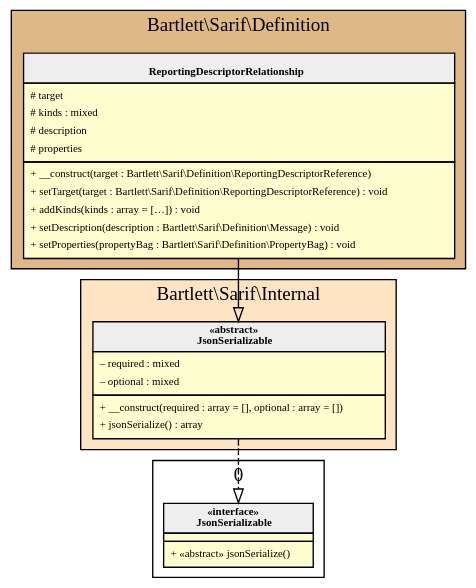
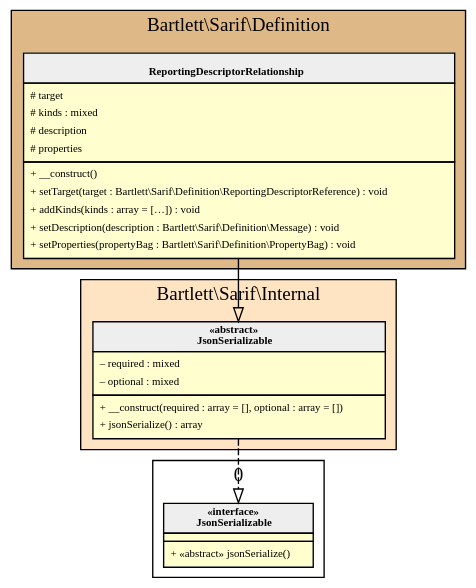
The diagram in 2.0/assets/images/reference-reporting-descriptor-relationship.html.gv (llaville/sarif-php-sdk), drawn with Graphviz before and after one commit. The commit also changed 113 other files, not shown here.

```diff
--- a/2.0/assets/images/reference-reporting-descriptor-relationship.html.gv
+++ b/2.0/assets/images/reference-reporting-descriptor-relationship.html.gv
@@ -1,55 +1,55 @@
 digraph {
   graph [name="G" overlap="false" rankdir="TB" bgcolor="transparent"]
   node [fontname="Verdana" fontsize=8 shape="none" margin=0 fillcolor="#FEFECE" style="filled"]
   edge [fontname="Verdana" fontsize=8]
   subgraph cluster_0 {
     graph [bgcolor="BurlyWood"]
     label = "Bartlett\\Sarif\\Definition"
     "Bartlett\\Sarif\\Definition\\ReportingDescriptorRelationship" [shape="none" label=<
 <table cellspacing="0" border="0" cellborder="1">
     <tr><td bgcolor="#eeeeee"><b><br/>ReportingDescriptorRelationship</b></td></tr>
     <tr><td><table border="0" cellspacing="0" cellpadding="2">
     <tr><td align="left"># target</td></tr>
     <tr><td align="left"># kinds : mixed</td></tr>
     <tr><td align="left"># description</td></tr>
     <tr><td align="left"># properties</td></tr>
 </table></td></tr>
     <tr><td><table border="0" cellspacing="0" cellpadding="2">
-    <tr><td align="left">+ __construct(target : Bartlett\\Sarif\\Definition\\ReportingDescriptorReference)</td></tr>
+    <tr><td align="left">+ __construct()</td></tr>
     <tr><td align="left">+ setTarget(target : Bartlett\\Sarif\\Definition\\ReportingDescriptorReference) : void</td></tr>
     <tr><td align="left">+ addKinds(kinds : array = […]) : void</td></tr>
     <tr><td align="left">+ setDescription(description : Bartlett\\Sarif\\Definition\\Message) : void</td></tr>
     <tr><td align="left">+ setProperties(propertyBag : Bartlett\\Sarif\\Definition\\PropertyBag) : void</td></tr>
 </table></td></tr>
 </table>>]
   }
   subgraph cluster_1 {
     graph [bgcolor="Bisque"]
     label = "Bartlett\\Sarif\\Internal"
     "Bartlett\\Sarif\\Internal\\JsonSerializable" [shape="none" label=<
 <table cellspacing="0" border="0" cellborder="1">
     <tr><td bgcolor="#eeeeee"><b>«abstract»<br/>JsonSerializable</b></td></tr>
     <tr><td><table border="0" cellspacing="0" cellpadding="2">
     <tr><td align="left">– required : mixed</td></tr>
     <tr><td align="left">– optional : mixed</td></tr>
 </table></td></tr>
     <tr><td><table border="0" cellspacing="0" cellpadding="2">
     <tr><td align="left">+ __construct(required : array = [], optional : array = [])</td></tr>
     <tr><td align="left">+ jsonSerialize() : array</td></tr>
 </table></td></tr>
 </table>>]
   }
   subgraph cluster_2 {
     label = 0
     "JsonSerializable" [shape="none" label=<
 <table cellspacing="0" border="0" cellborder="1">
     <tr><td bgcolor="#eeeeee"><b>«interface»<br/>JsonSerializable</b></td></tr>
     <tr><td></td></tr>
     <tr><td><table border="0" cellspacing="0" cellpadding="2">
     <tr><td align="left">+ «abstract» jsonSerialize()</td></tr>
 </table></td></tr>
 </table>>]
   }
   "Bartlett\\Sarif\\Internal\\JsonSerializable" -> "JsonSerializable" [arrowhead="empty" style="dashed"]
   "Bartlett\\Sarif\\Definition\\ReportingDescriptorRelationship" -> "Bartlett\\Sarif\\Internal\\JsonSerializable" [arrowhead="empty" style="filled"]
 }
```
